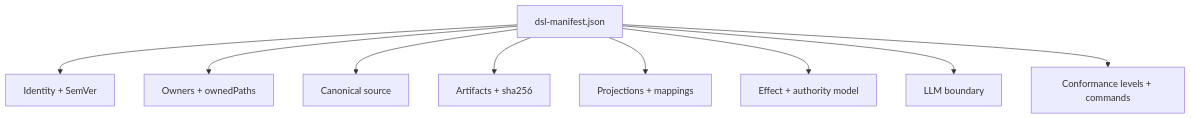
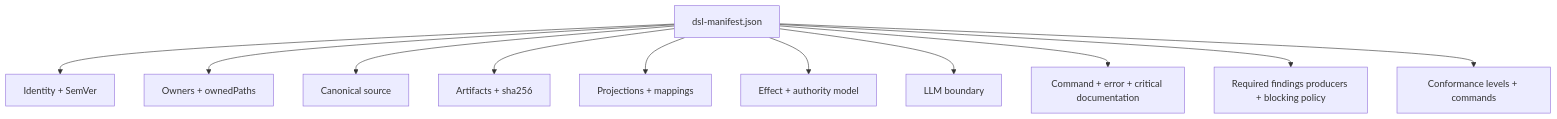
One commit to wellmanifest/dsl changed the second of 6 diagrams in docs/ARCHITECTURE.md. Above: the diagram before and after it, drawn with Mermaid. The commit also changed other lines of this file and 12 other files, not shown here.

````diff
--- a/docs/ARCHITECTURE.md
+++ b/docs/ARCHITECTURE.md
@@ -45,21 +49,25 @@
 ```mermaid
 flowchart TB
     M[dsl-manifest.json]
     I[Identity + SemVer]
     O[Owners + ownedPaths]
     S[Canonical source]
     A[Artifacts + sha256]
     P[Projections + mappings]
     E[Effect + authority model]
     L[LLM boundary]
+    D[Command + error + critical documentation]
+    F[Required findings producers + blocking policy]
     C[Conformance levels + commands]
 
     M --> I
     M --> O
     M --> S
     M --> A
     M --> P
     M --> E
     M --> L
+    M --> D
+    M --> F
     M --> C
 ```
````
